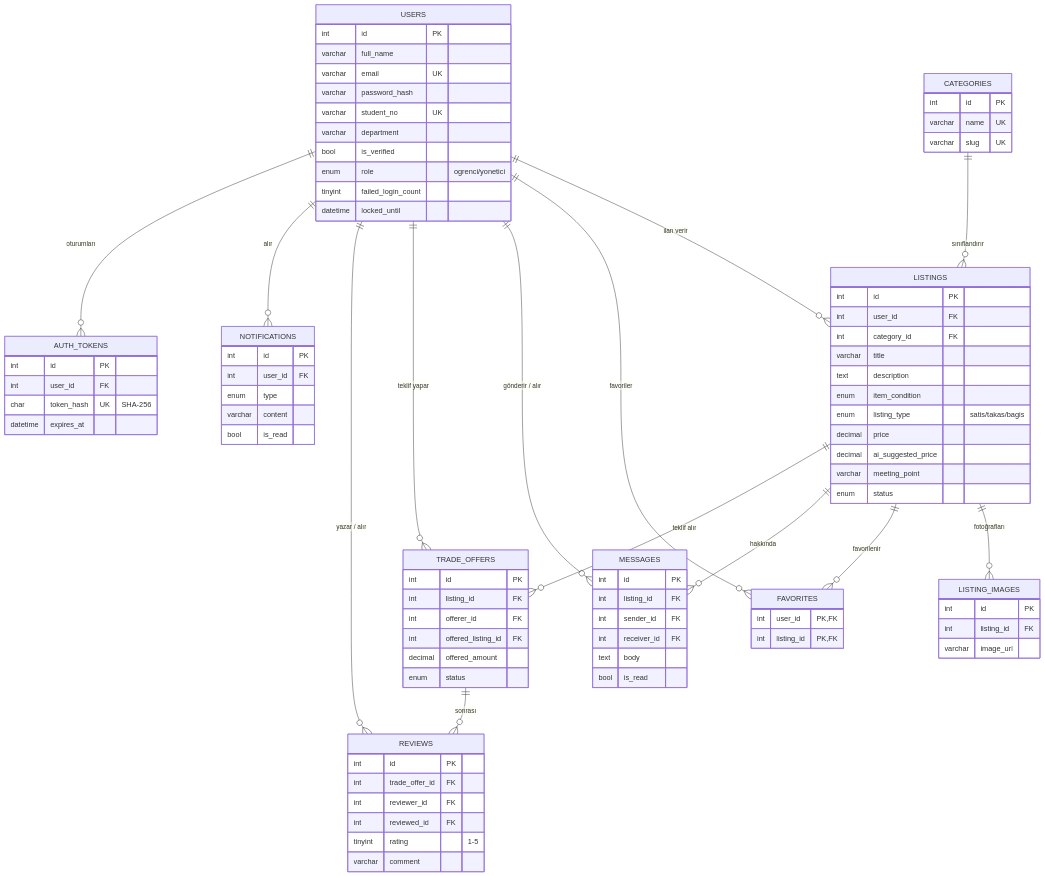
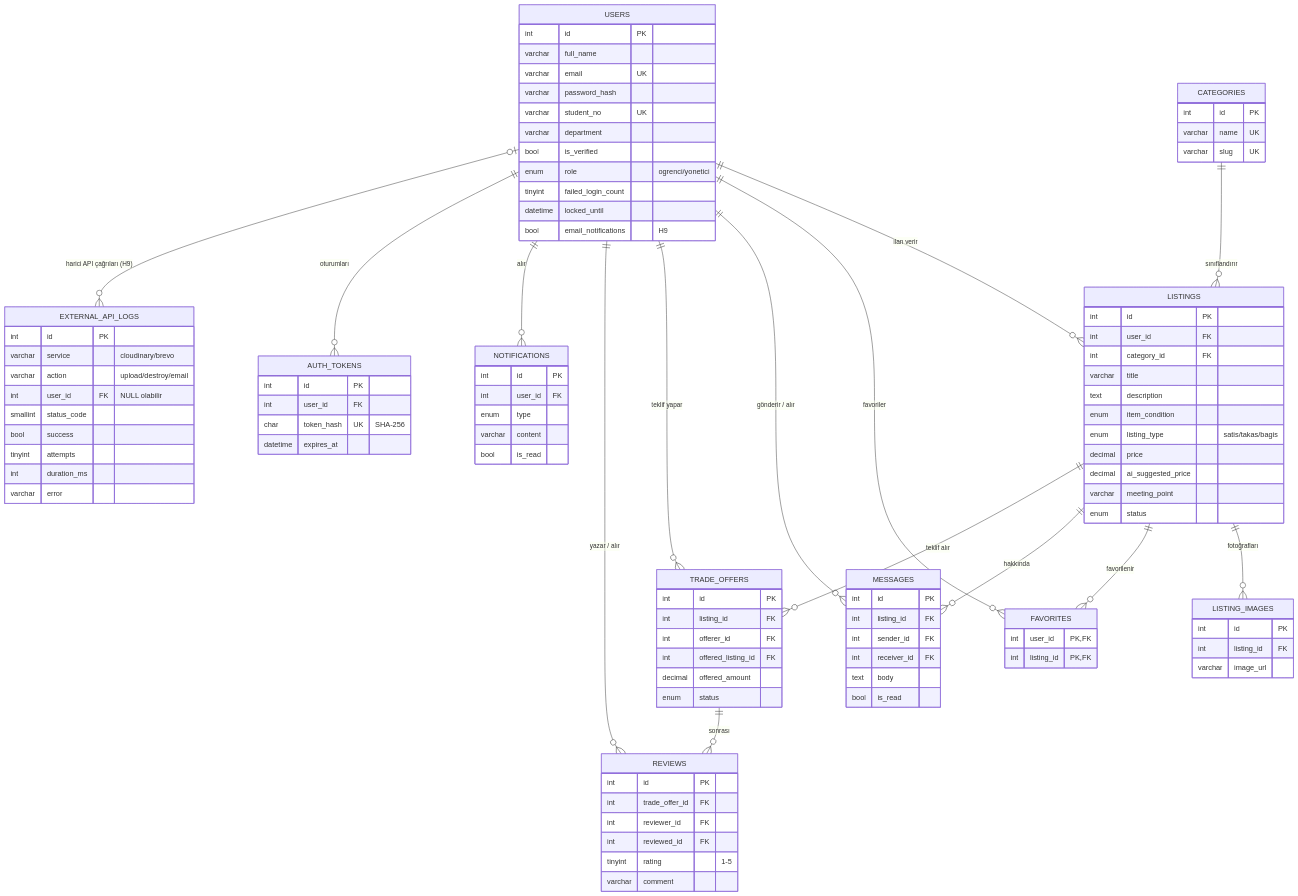
The diagram in docs/er-diyagrami.md (pelinkabadayi-21/kampus-takas-web-), drawn with Mermaid before and after one commit. The commit also changed 6 other files, not shown here.

First line of the commit message:
Hafta 9 [docs]: hafta 9 raporu, README, güvenlik notu, mimari/ER ve haftalık rapor/AI günlüğü

````diff
--- a/docs/er-diyagrami.md
+++ b/docs/er-diyagrami.md
@@ -17,6 +17,7 @@
     USERS ||--o{ REVIEWS : "yazar / alır"
     USERS ||--o{ NOTIFICATIONS : "alır"
     USERS ||--o{ AUTH_TOKENS : "oturumları"
+    USERS |o--o{ EXTERNAL_API_LOGS : "harici API çağrıları (H9)"
 
     USERS {
         int id PK
@@ -29,6 +30,7 @@
         enum role "ogrenci/yonetici"
         tinyint failed_login_count
         datetime locked_until
+        bool email_notifications "H9"
     }
     AUTH_TOKENS {
         int id PK
@@ -94,4 +96,15 @@
         varchar content
         bool is_read
     }
+    EXTERNAL_API_LOGS {
+        int id PK
+        varchar service "cloudinary/brevo"
+        varchar action "upload/destroy/email"
+        int user_id FK "NULL olabilir"
+        smallint status_code
+        bool success
+        tinyint attempts
+        int duration_ms
+        varchar error
+    }
 ```
````
